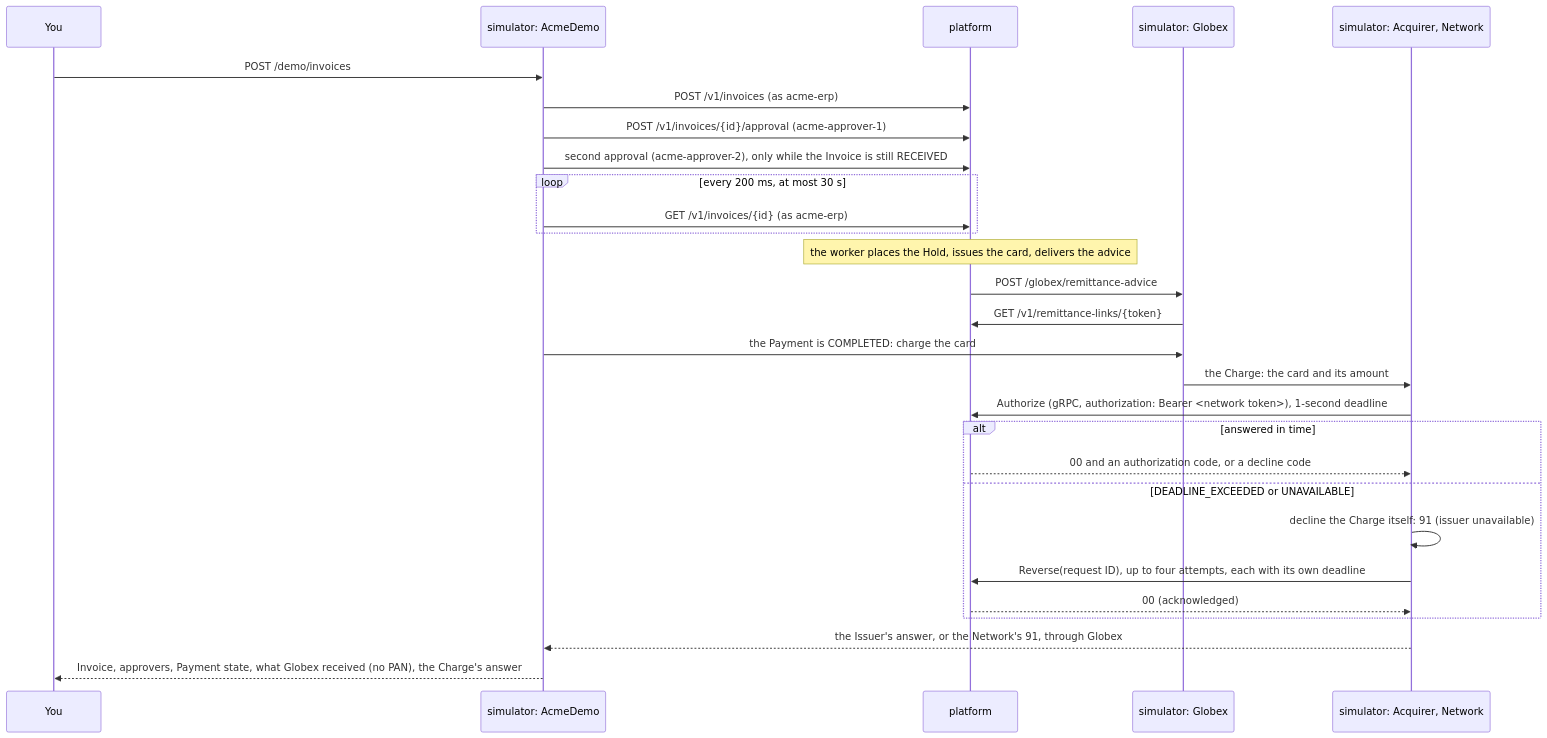
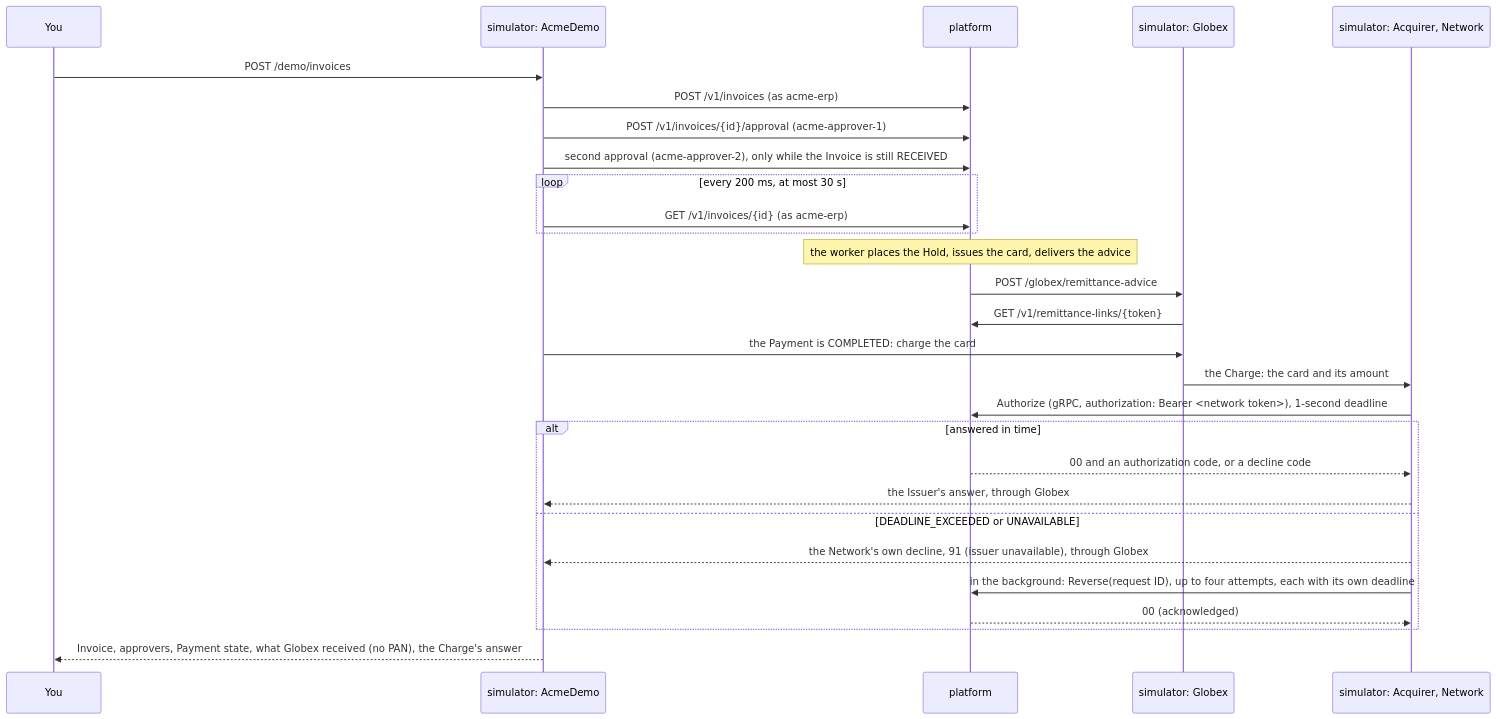
The eighth of 8 diagrams in docs/architecture.md (rgonzal92/b2b-payments-platform), drawn with Mermaid before and after one commit. The commit also changed other lines of this file and 10 other files, not shown here.

````diff
--- a/docs/architecture.md
+++ b/docs/architecture.md
@@ -283,31 +283,31 @@
 ```mermaid
 sequenceDiagram
   participant You
   participant DEMO as simulator: AcmeDemo
   participant PLT as platform
   participant GLX as simulator: Globex
   participant NET as simulator: Acquirer, Network
 
   You->>DEMO: POST /demo/invoices
   DEMO->>PLT: POST /v1/invoices (as acme-erp)
   DEMO->>PLT: POST /v1/invoices/{id}/approval (acme-approver-1)
   DEMO->>PLT: second approval (acme-approver-2), only while the Invoice is still RECEIVED
   loop every 200 ms, at most 30 s
     DEMO->>PLT: GET /v1/invoices/{id} (as acme-erp)
   end
   Note over PLT: the worker places the Hold, issues the card, delivers the advice
   PLT->>GLX: POST /globex/remittance-advice
   GLX->>PLT: GET /v1/remittance-links/{token}
   DEMO->>GLX: the Payment is COMPLETED: charge the card
   GLX->>NET: the Charge: the card and its amount
   NET->>PLT: Authorize (gRPC, authorization: Bearer <network token>), 1-second deadline
   alt answered in time
     PLT-->>NET: 00 and an authorization code, or a decline code
+    NET-->>DEMO: the Issuer's answer, through Globex
   else DEADLINE_EXCEEDED or UNAVAILABLE
-    NET->>NET: decline the Charge itself: 91 (issuer unavailable)
-    NET->>PLT: Reverse(request ID), up to four attempts, each with its own deadline
+    NET-->>DEMO: the Network's own decline, 91 (issuer unavailable), through Globex
+    NET->>PLT: in the background: Reverse(request ID), up to four attempts, each with its own deadline
     PLT-->>NET: 00 (acknowledged)
   end
-  NET-->>DEMO: the Issuer's answer, or the Network's 91, through Globex
   DEMO-->>You: Invoice, approvers, Payment state, what Globex received (no PAN), the Charge's answer
 ```
````
